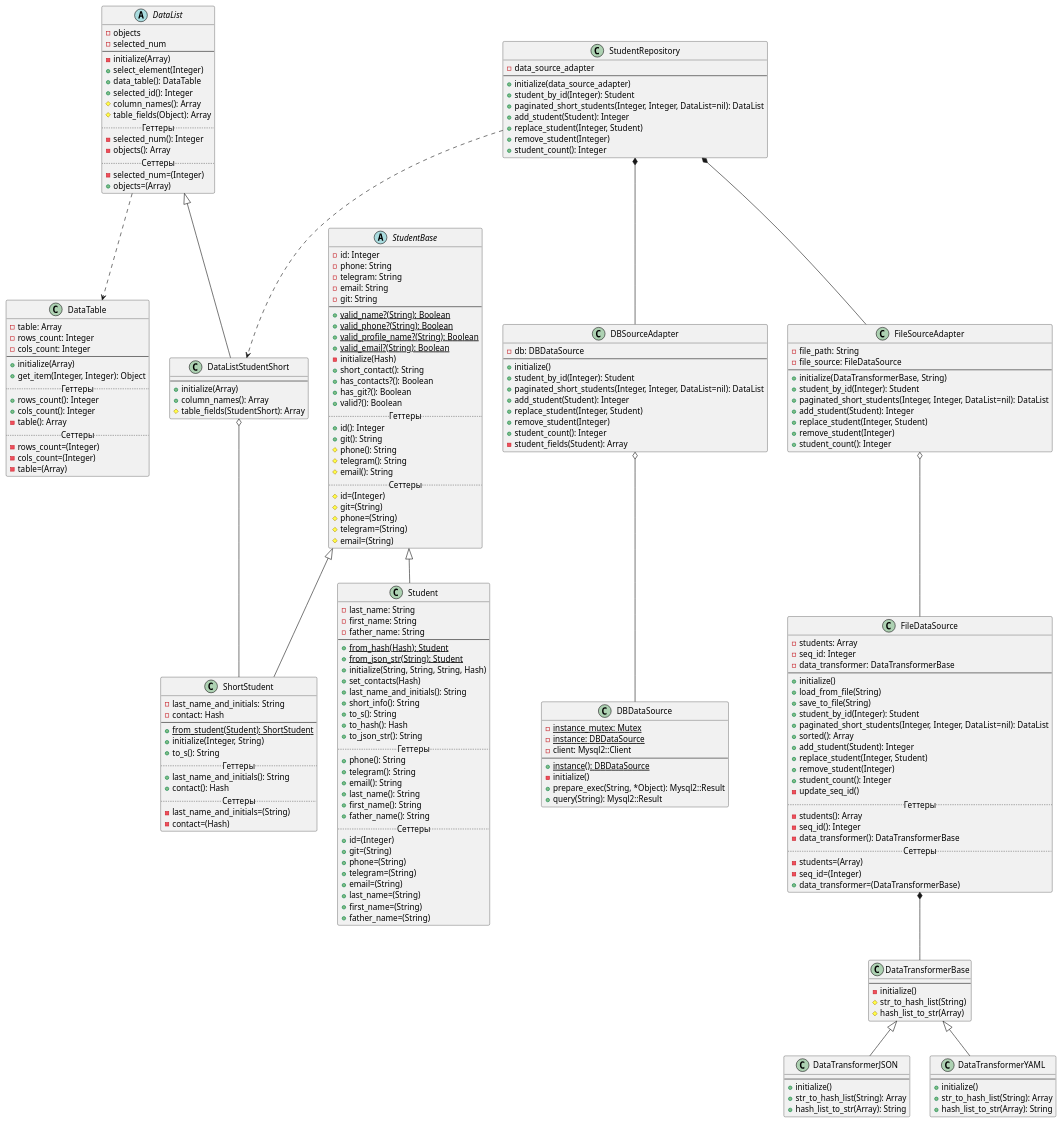
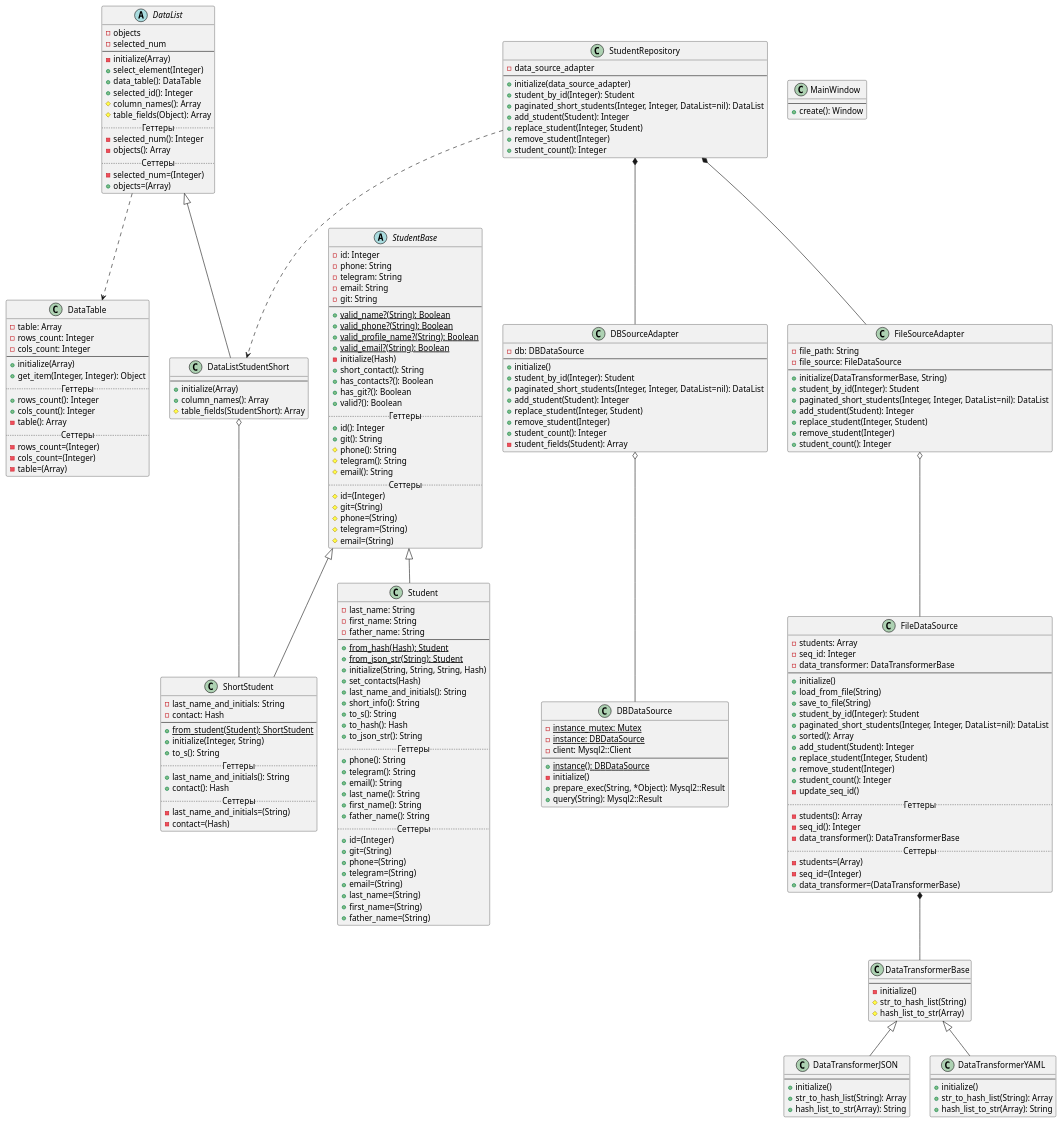
Before and after one commit to r1411/PatternsLabs: the diagram in Diagrams/lab2.puml, drawn with PlantUML. The commit also changed 3 other files, not shown here.

```diff
--- a/Diagrams/lab2.puml
+++ b/Diagrams/lab2.puml
@@ -225,4 +225,9 @@
     +student_count(): Integer
 }
 
+class MainWindow {
+    --
+    +create(): Window
+}
+
 @enduml
```
